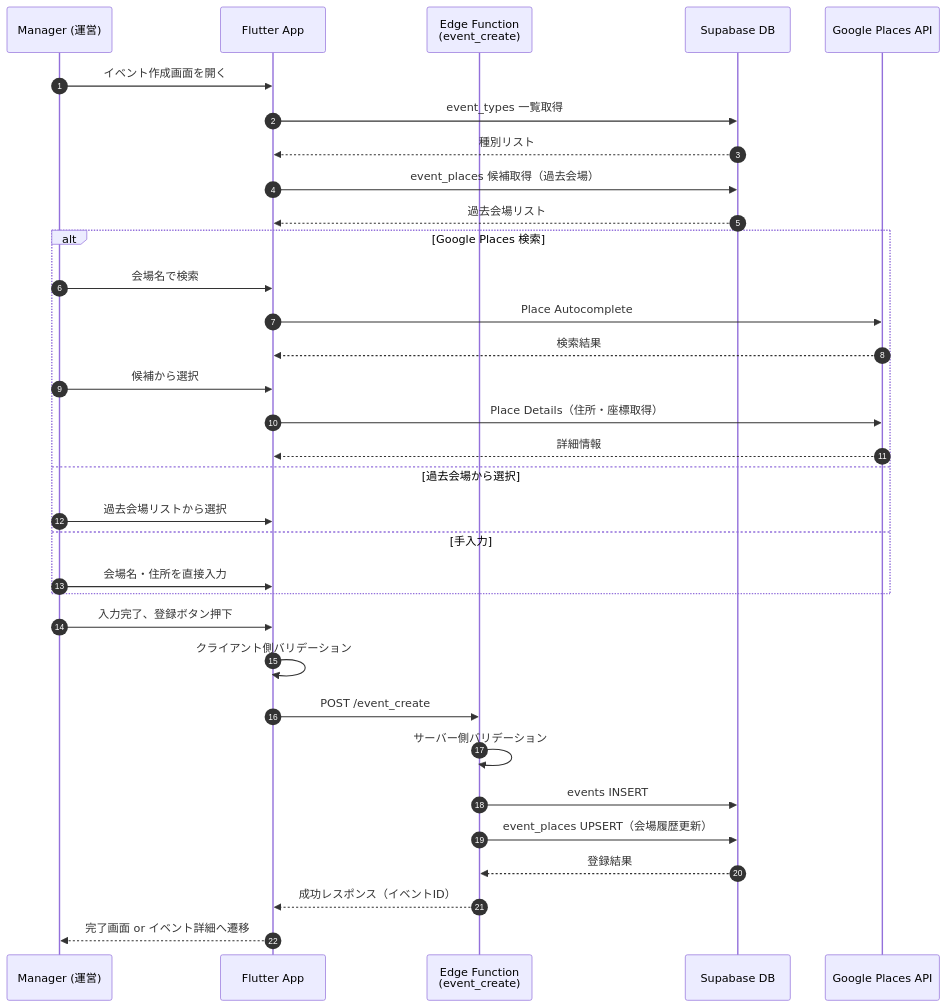
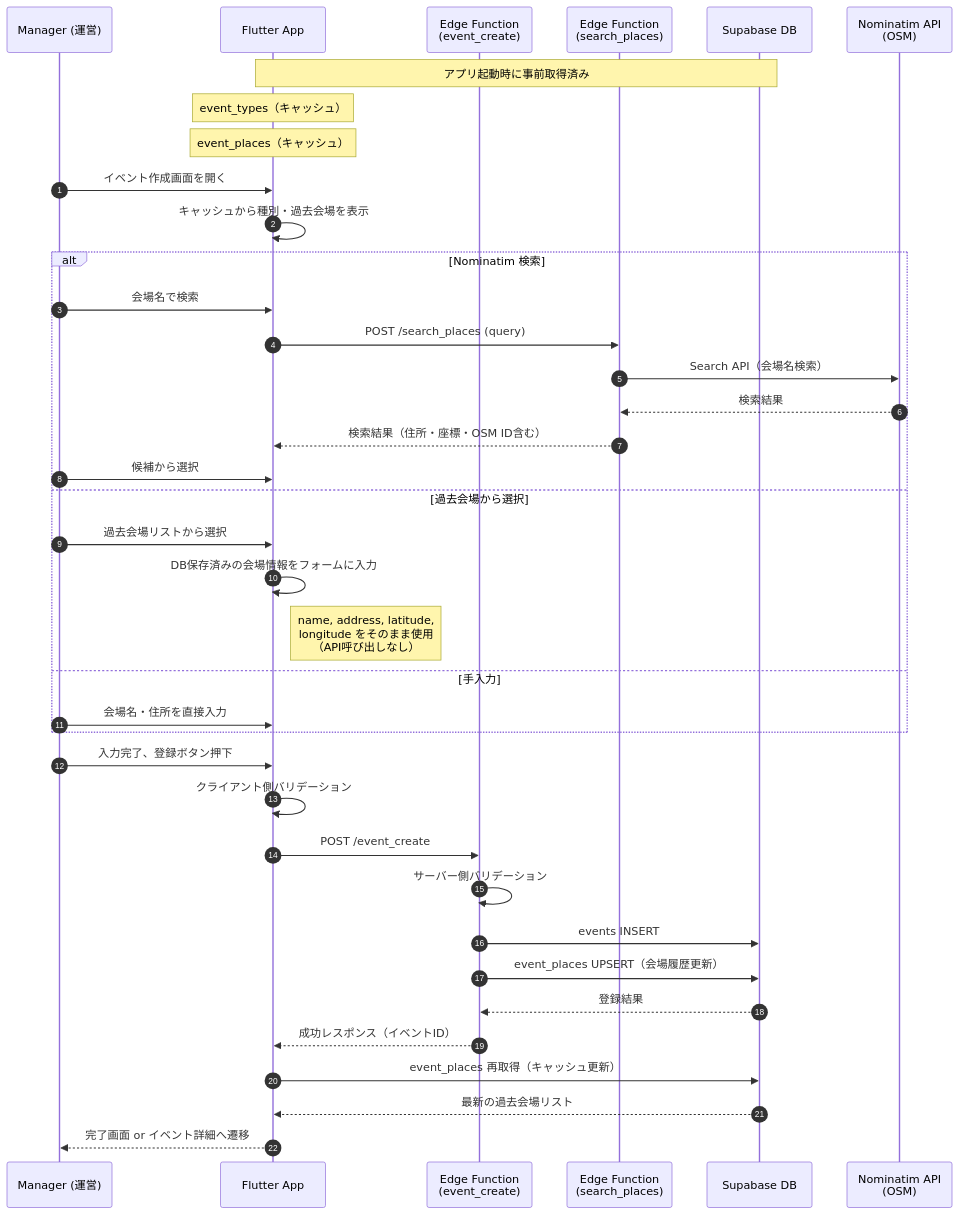
One commit to kerokerotur/banars-app changed the diagram in docs/DESIGN_DOCS/events/event_create.md. Above: the diagram before and after it, drawn with Mermaid. The commit also changed other lines of this file and 50 other files, not shown here.

````diff
--- a/docs/DESIGN_DOCS/events/event_create.md
+++ b/docs/DESIGN_DOCS/events/event_create.md
@@ -5,38 +5,44 @@
 ```mermaid
 sequenceDiagram
     autonumber
     participant Manager as Manager (運営)
     participant App as Flutter App
     participant Edge as Edge Function<br>(event_create)
+    participant Search as Edge Function<br>(search_places)
     participant DB as Supabase DB
-    participant Places as Google Places API
+    participant Nominatim as Nominatim API<br>(OSM)
+
+    Note over App,DB: アプリ起動時に事前取得済み
+    Note over App: event_types（キャッシュ）
+    Note over App: event_places（キャッシュ）
 
     Manager->>App: イベント作成画面を開く
-    App->>DB: event_types 一覧取得
-    DB-->>App: 種別リスト
-    App->>DB: event_places 候補取得（過去会場）
-    DB-->>App: 過去会場リスト
+    App->>App: キャッシュから種別・過去会場を表示
 
-    alt Google Places 検索
+    alt Nominatim 検索
         Manager->>App: 会場名で検索
-        App->>Places: Place Autocomplete
-        Places-->>App: 検索結果
+        App->>Search: POST /search_places (query)
+        Search->>Nominatim: Search API（会場名検索）
+        Nominatim-->>Search: 検索結果
+        Search-->>App: 検索結果（住所・座標・OSM ID含む）
         Manager->>App: 候補から選択
-        App->>Places: Place Details（住所・座標取得）
-        Places-->>App: 詳細情報
     else 過去会場から選択
         Manager->>App: 過去会場リストから選択
+        App->>App: DB保存済みの会場情報をフォームに入力
+        Note right of App: name, address, latitude,<br>longitude をそのまま使用<br>（API呼び出しなし）
     else 手入力
         Manager->>App: 会場名・住所を直接入力
     end
 
     Manager->>App: 入力完了、登録ボタン押下
     App->>App: クライアント側バリデーション
     App->>Edge: POST /event_create
     Edge->>Edge: サーバー側バリデーション
     Edge->>DB: events INSERT
     Edge->>DB: event_places UPSERT（会場履歴更新）
     DB-->>Edge: 登録結果
     Edge-->>App: 成功レスポンス（イベントID）
+    App->>DB: event_places 再取得（キャッシュ更新）
+    DB-->>App: 最新の過去会場リスト
     App-->>Manager: 完了画面 or イベント詳細へ遷移
 ```
````
